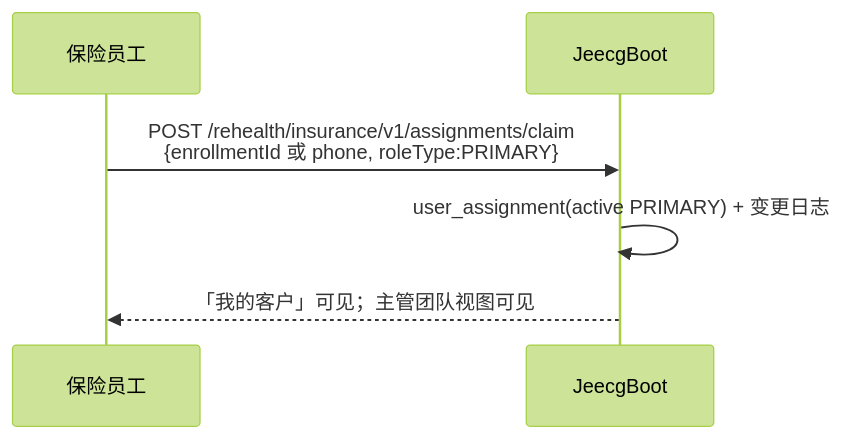
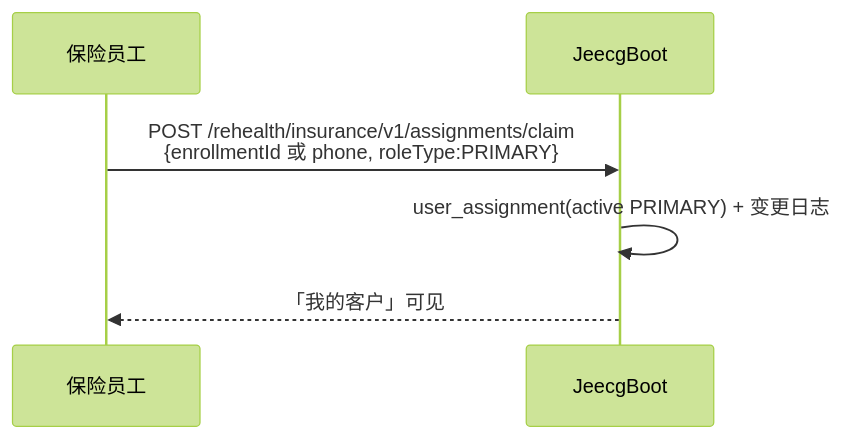
The seventh of 8 diagrams in docs/保险侧计划与保单设计及全流程闭环.md (wjmlong/rehealth_tongbu), drawn with Mermaid (forest theme) before and after one commit. The commit also changed 8 other files, not shown here.

First line of the commit message:
feat(insurance): 移除我的客户页团队视图

````diff
--- a/docs/保险侧计划与保单设计及全流程闭环.md
+++ b/docs/保险侧计划与保单设计及全流程闭环.md
@@ -134,8 +134,8 @@
 ```mermaid
 sequenceDiagram
     participant OP as 保险员工
     participant JEE as JeecgBoot
     OP->>JEE: POST /rehealth/insurance/v1/assignments/claim<br>{enrollmentId 或 phone, roleType:PRIMARY}
     JEE->>JEE: user_assignment(active PRIMARY) + 变更日志
-    JEE-->>OP: 「我的客户」可见；主管团队视图可见
+    JEE-->>OP: 「我的客户」可见
 ```
````
